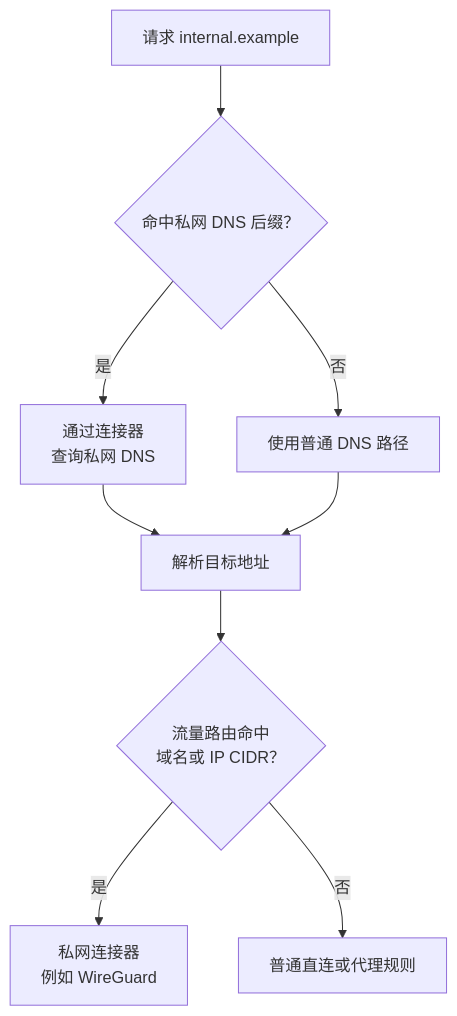
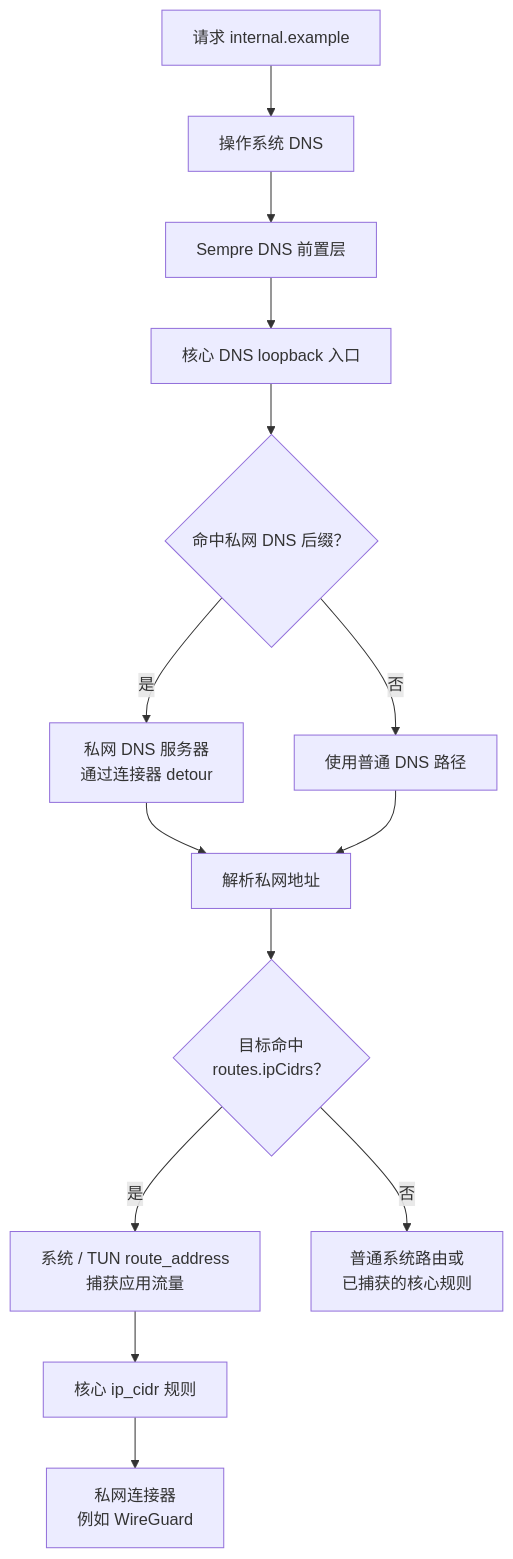
Before and after one commit to tinymins/sempre: the fourth of 4 diagrams in README.zh-CN.md, drawn with Mermaid. The commit also changed other lines of this file and 7 other files, not shown here.

Commit message:
fix(network): route private CIDRs through desktop TUN

````diff
--- a/README.zh-CN.md
+++ b/README.zh-CN.md
@@ -290,11 +294,16 @@
 ```mermaid
 flowchart TD
-    request["请求 internal.example"] --> dnsMatch{"命中私网 DNS 后缀？"}
-    dnsMatch -- 是 --> privateDns["通过连接器<br/>查询私网 DNS"]
+    request["请求 internal.example"] --> systemDns["操作系统 DNS"]
+    systemDns --> frontend["Sempre DNS 前置层"]
+    frontend --> coreDns["核心 DNS loopback 入口"]
+    coreDns --> dnsMatch{"命中私网 DNS 后缀？"}
+    dnsMatch -- 是 --> privateDns["私网 DNS 服务器<br/>通过连接器 detour"]
     dnsMatch -- 否 --> normalDns["使用普通 DNS 路径"]
-    privateDns --> address["解析目标地址"]
+    privateDns --> address["解析私网地址"]
     normalDns --> address
-    address --> routeMatch{"流量路由命中<br/>域名或 IP CIDR？"}
-    routeMatch -- 是 --> connector["私网连接器<br/>例如 WireGuard"]
-    routeMatch -- 否 --> fallback["普通直连或代理规则"]
+    address --> capture{"目标命中<br/>routes.ipCidrs？"}
+    capture -- 是 --> tun["系统 / TUN route_address<br/>捕获应用流量"]
+    tun --> routeMatch["核心 ip_cidr 规则"]
+    routeMatch --> connector["私网连接器<br/>例如 WireGuard"]
+    capture -- 否 --> fallback["普通系统路由或<br/>已捕获的核心规则"]
 ```
````
